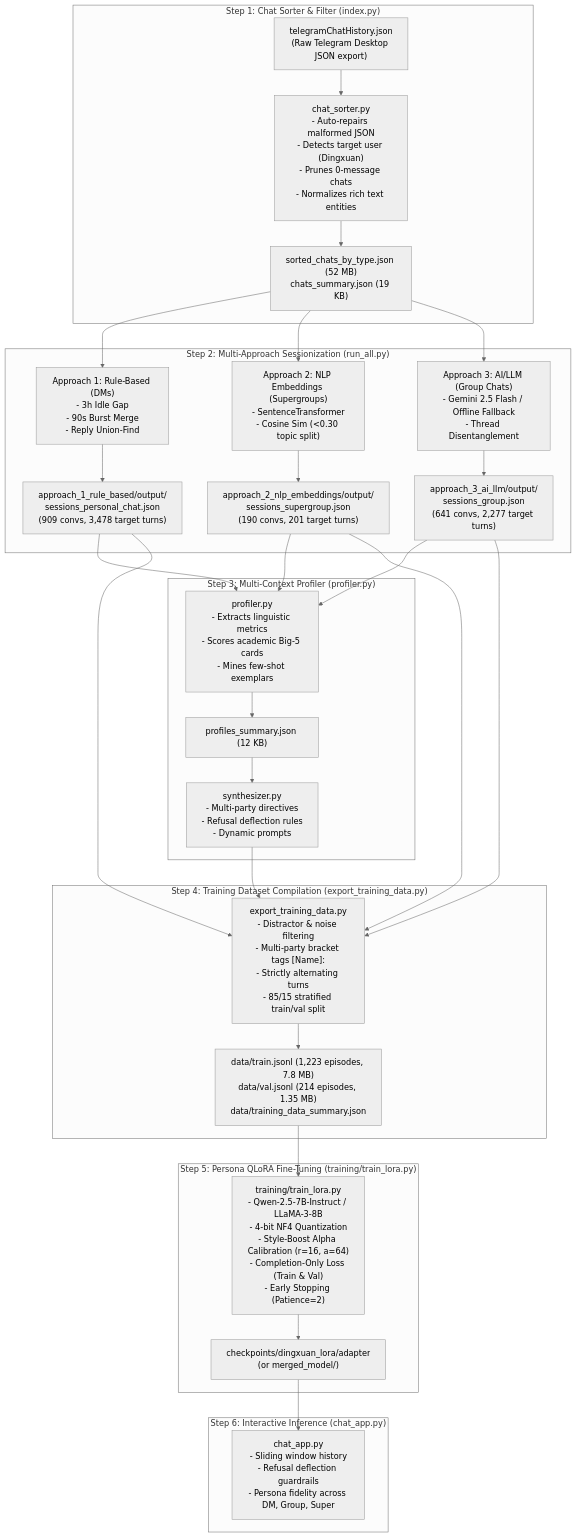
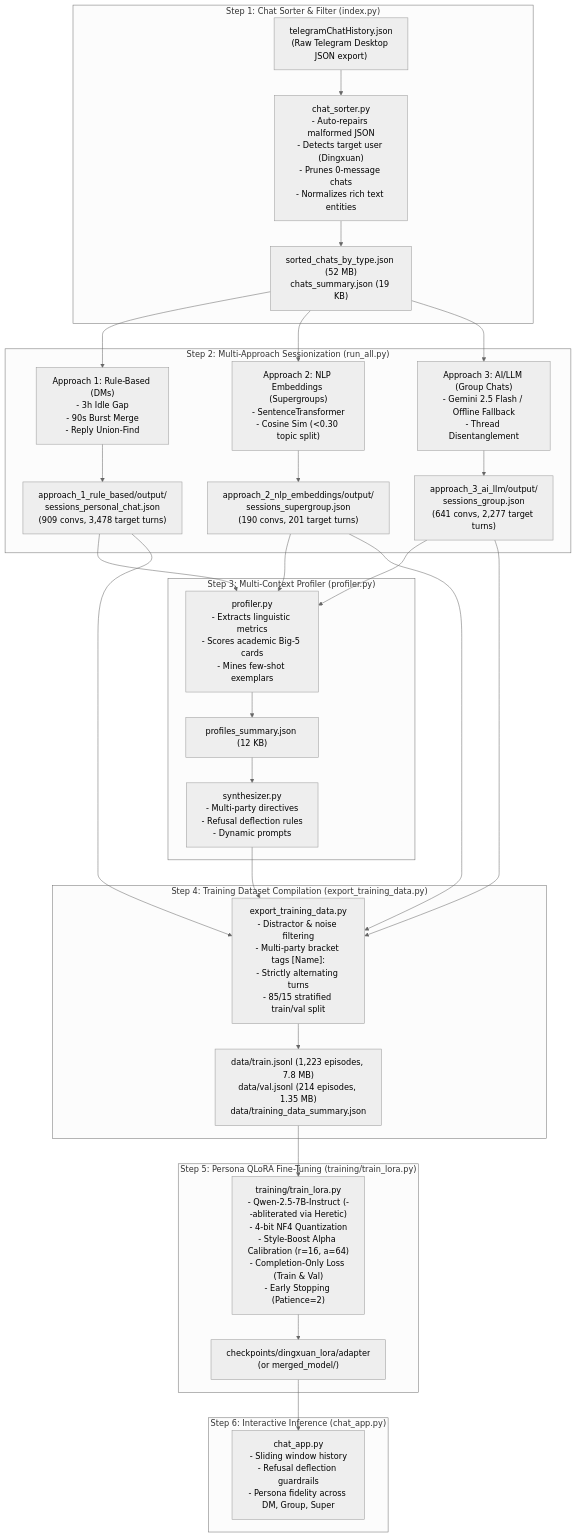
One commit to LiangDingxuan/AI_Clone changed the diagram in FULL_PIPELINE_GUIDE.md. Above: the diagram before and after it, drawn with Mermaid (neutral theme). The commit also changed other lines of this file and 6 other files, not shown here.

Commit message:
feat: add Heretic abliterated model support and update pipeline runbooks

````diff
--- a/FULL_PIPELINE_GUIDE.md
+++ b/FULL_PIPELINE_GUIDE.md
@@ -30,44 +30,44 @@
 ```mermaid
 flowchart TD
     Raw["telegramChatHistory.json\n(Raw Telegram Desktop JSON export)"]
 
     subgraph Step1 ["Step 1: Chat Sorter & Filter (index.py)"]
         Raw --> Sorter["chat_sorter.py\n- Auto-repairs malformed JSON\n- Detects target user (Dingxuan)\n- Prunes 0-message chats\n- Normalizes rich text entities"]
         Sorter --> Sorted["sorted_chats_by_type.json (52 MB)\nchats_summary.json (19 KB)"]
     end
 
     subgraph Step2 ["Step 2: Multi-Approach Sessionization (run_all.py)"]
         Sorted --> App1["Approach 1: Rule-Based (DMs)\n- 3h Idle Gap\n- 90s Burst Merge\n- Reply Union-Find"]
         Sorted --> App2["Approach 2: NLP Embeddings (Supergroups)\n- SentenceTransformer\n- Cosine Sim (<0.30 topic split)"]
         Sorted --> App3["Approach 3: AI/LLM (Group Chats)\n- Gemini 2.5 Flash / Offline Fallback\n- Thread Disentanglement"]
 
         App1 --> Sess1["approach_1_rule_based/output/\nsessions_personal_chat.json\n(909 convs, 3,478 target turns)"]
         App2 --> Sess2["approach_2_nlp_embeddings/output/\nsessions_supergroup.json\n(190 convs, 201 target turns)"]
         App3 --> Sess3["approach_3_ai_llm/output/\nsessions_group.json\n(641 convs, 2,277 target turns)"]
     end
 
     subgraph Step3 ["Step 3: Multi-Context Profiler (profiler.py)"]
         Sess1 --> Profiler["profiler.py\n- Extracts linguistic metrics\n- Scores academic Big-5 cards\n- Mines few-shot exemplars"]
         Sess2 --> Profiler
         Sess3 --> Profiler
         Profiler --> ProfSum["profiles_summary.json (12 KB)"]
         ProfSum --> Synth["synthesizer.py\n- Multi-party directives\n- Refusal deflection rules\n- Dynamic prompts"]
     end
 
     subgraph Step4 ["Step 4: Training Dataset Compilation (export_training_data.py)"]
         Sess1 --> Exporter["export_training_data.py\n- Distractor & noise filtering\n- Multi-party bracket tags [Name]:\n- Strictly alternating turns\n- 85/15 stratified train/val split"]
         Sess2 --> Exporter
         Sess3 --> Exporter
         Synth --> Exporter
         Exporter --> TrainData["data/train.jsonl (1,223 episodes, 7.8 MB)\ndata/val.jsonl (214 episodes, 1.35 MB)\ndata/training_data_summary.json"]
     end
 
     subgraph Step5 ["Step 5: Persona QLoRA Fine-Tuning (training/train_lora.py)"]
-        TrainData --> Trainer["training/train_lora.py\n- Qwen-2.5-7B-Instruct / LLaMA-3-8B\n- 4-bit NF4 Quantization\n- Style-Boost Alpha Calibration (r=16, a=64)\n- Completion-Only Loss (Train & Val)\n- Early Stopping (Patience=2)"]
+        TrainData --> Trainer["training/train_lora.py\n- Qwen-2.5-7B-Instruct (--abliterated via Heretic)\n- 4-bit NF4 Quantization\n- Style-Boost Alpha Calibration (r=16, a=64)\n- Completion-Only Loss (Train & Val)\n- Early Stopping (Patience=2)"]
         Trainer --> Adapter["checkpoints/dingxuan_lora/adapter\n(or merged_model/)"]
     end
 
     subgraph Step6 ["Step 6: Interactive Inference (chat_app.py)"]
         Adapter --> ChatApp["chat_app.py\n- Sliding window history\n- Refusal deflection guardrails\n- Persona fidelity across DM, Group, Super"]
     end
 ```
````
